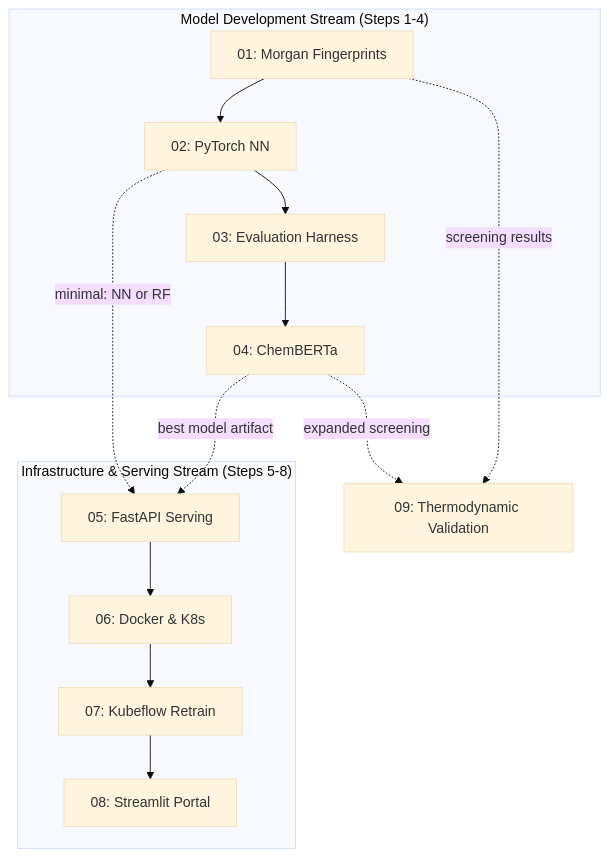
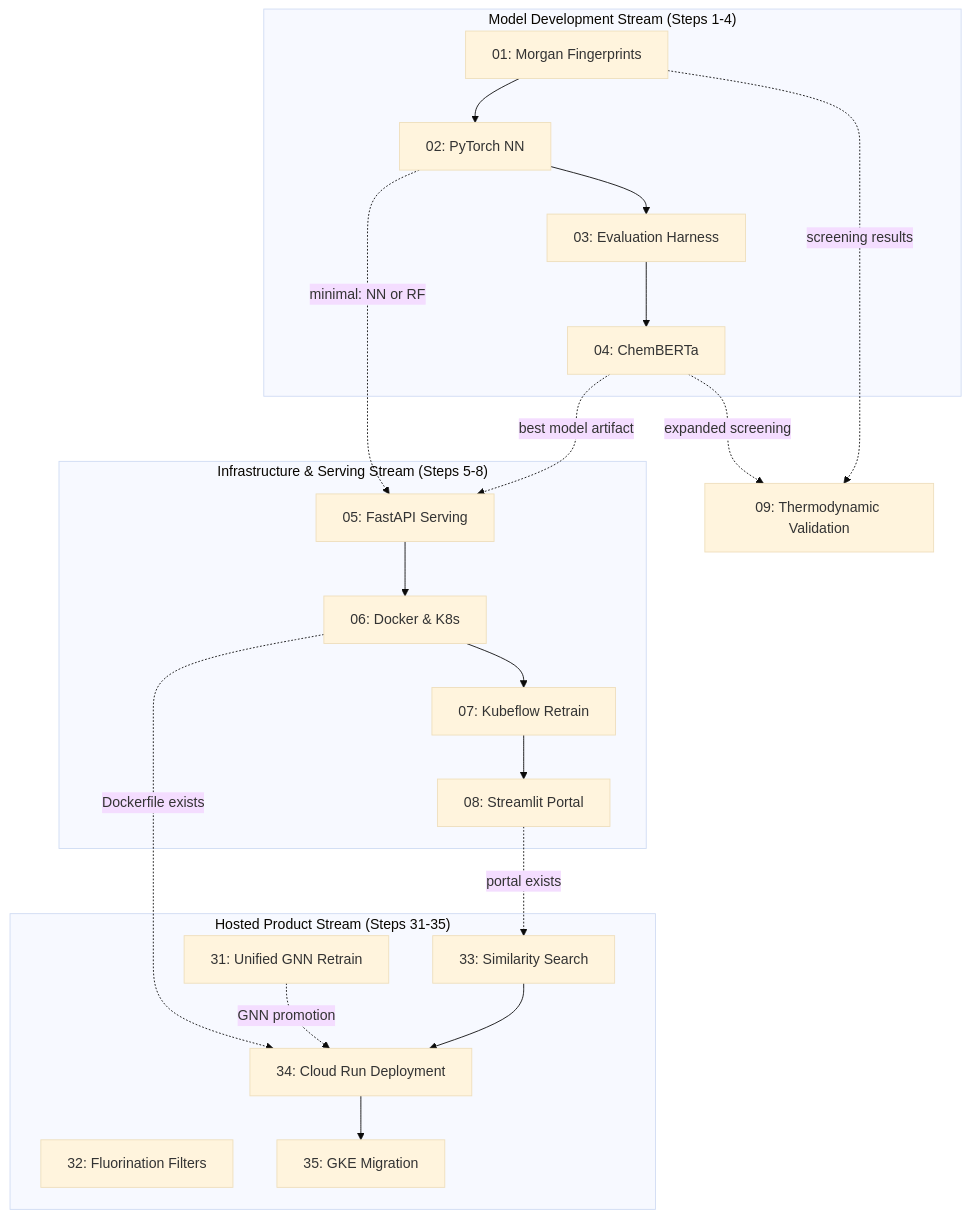
The diagram in docs/steps/step_dependencies.md (andylitalo/pcsaft-ml), drawn with Mermaid (base theme) before and after one commit. The commit also changed other lines of this file and 12 other files, not shown here.

First line of the commit message:
update step guides: revise steps 31-35, add Cloud Run and GKE migration

````diff
--- a/docs/steps/step_dependencies.md
+++ b/docs/steps/step_dependencies.md
@@ -9,31 +9,46 @@
 ```mermaid
 flowchart TD
     subgraph model_stream["Model Development Stream (Steps 1-4)"]
         S1[01: Morgan Fingerprints]
         S2[02: PyTorch NN]
         S3[03: Evaluation Harness]
         S4[04: ChemBERTa]
         
         S1 --> S2
         S2 --> S3
         S3 --> S4
     end
     
     subgraph infra_stream["Infrastructure & Serving Stream (Steps 5-8)"]
         S5[05: FastAPI Serving]
         S6[06: Docker & K8s]
         S7[07: Kubeflow Retrain]
         S8[08: Streamlit Portal]
         
         S5 --> S6
         S6 --> S7
         S7 --> S8
     end
     
     S9[09: Thermodynamic Validation]
     
     S4 -.->|"best model artifact"| S5
     S2 -.->|"minimal: NN or RF"| S5
     S1 -.->|"screening results"| S9
     S4 -.->|"expanded screening"| S9
+
+    subgraph hosted_product["Hosted Product Stream (Steps 31-35)"]
+        S31[31: Unified GNN Retrain]
+        S32[32: Fluorination Filters]
+        S33[33: Similarity Search]
+        S34[34: Cloud Run Deployment]
+        S35[35: GKE Migration]
+
+        S33 --> S34
+        S31 -.->|"GNN promotion"| S34
+        S34 --> S35
+    end
+
+    S8 -.->|"portal exists"| S33
+    S6 -.->|"Dockerfile exists"| S34
 ```
````
